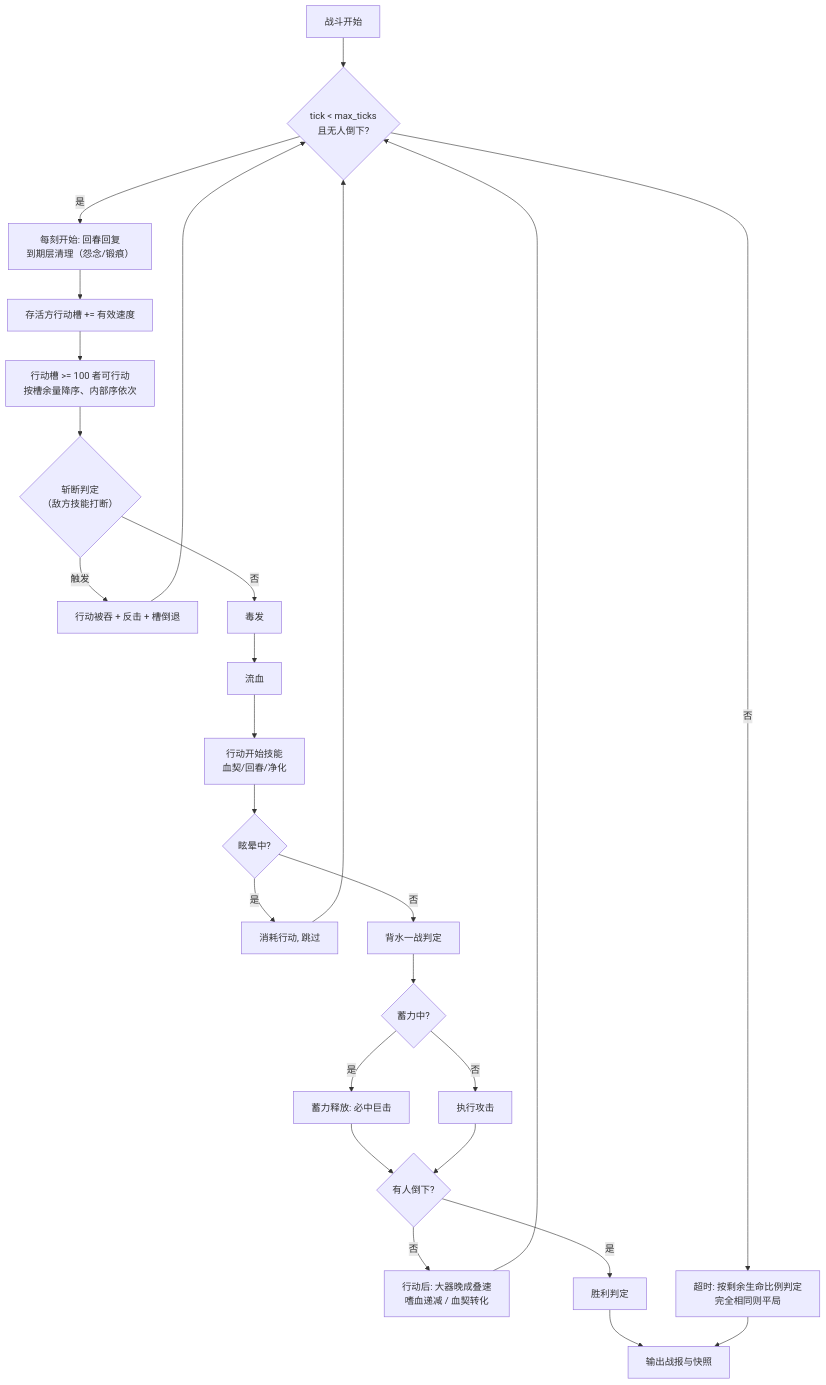
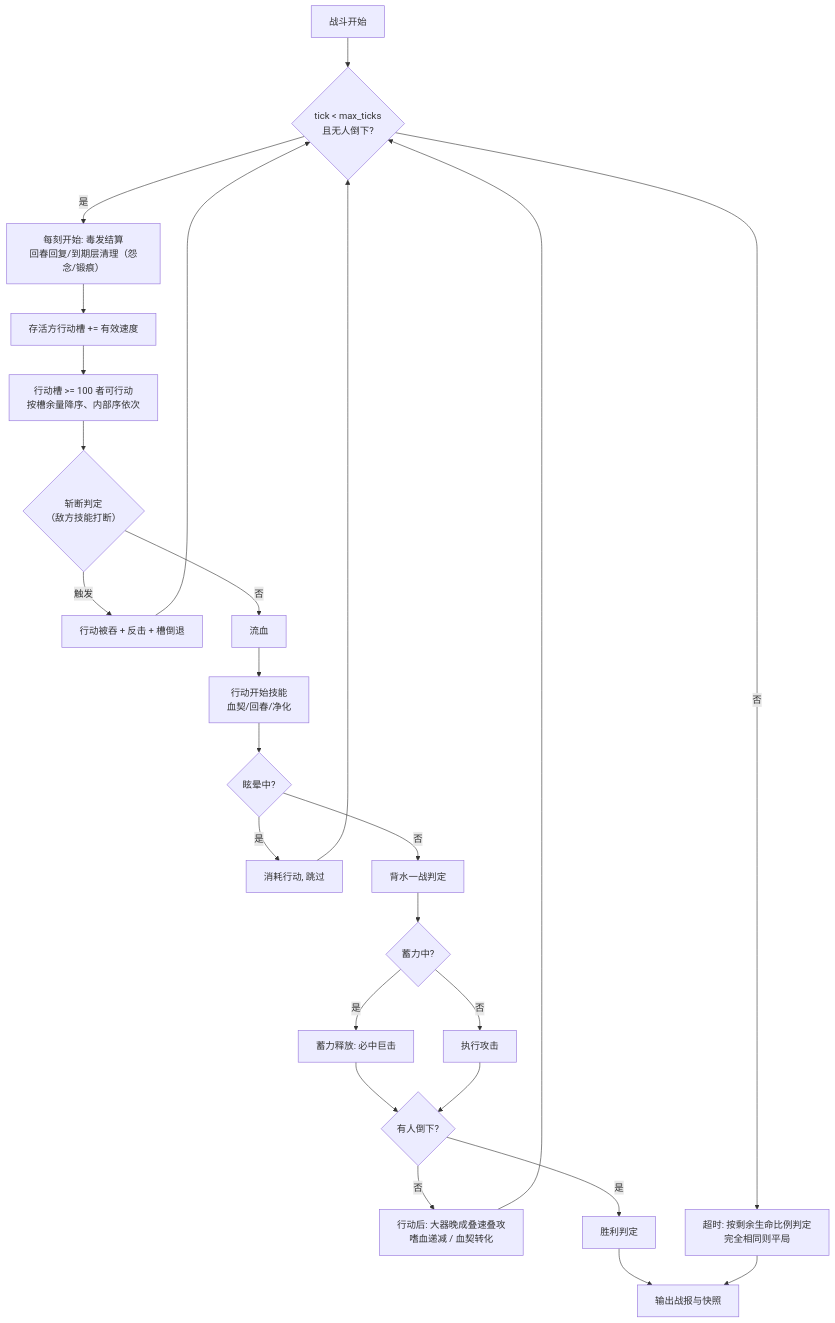
The second of 2 diagrams in docs/GAME_SPEC.md (icdyso/namefight_pro), drawn with Mermaid before and after one commit. The commit also changed other lines of this file and 12 other files, not shown here.

````diff
--- a/docs/GAME_SPEC.md
+++ b/docs/GAME_SPEC.md
@@ -284,19 +318,19 @@
 ```mermaid
 flowchart TD
     S[战斗开始] --> T{tick < max_ticks<br/>且无人倒下?}
-    T -->|是| TK[每刻开始: 回春回复<br/>到期层清理（怨念/锻痕）] --> G[存活方行动槽 += 有效速度]
+    T -->|是| TK[每刻开始: 毒发结算<br/>回春回复/到期层清理（怨念/锻痕）] --> G[存活方行动槽 += 有效速度]
     G --> R[行动槽 >= 100 者可行动<br/>按槽余量降序、内部序依次]
     R --> A0{斩断判定<br/>（敌方技能打断）}
     A0 -->|触发| A0b[行动被吞 + 反击 + 槽倒退] --> T
-    A0 -->|否| A1[毒发] --> A1b[流血] --> A2[行动开始技能<br/>血契/回春/净化] --> A3{眩晕中?}
+    A0 -->|否| A1b[流血] --> A2[行动开始技能<br/>血契/回春/净化] --> A3{眩晕中?}
     A3 -->|是| A4[消耗行动, 跳过] --> T
     A3 -->|否| A5[背水一战判定] --> A6{蓄力中?}
     A6 -->|是| A6b[蓄力释放: 必中巨击] --> Z
     A6 -->|否| A7[执行攻击]
     A7 --> Z{有人倒下?}
-    Z -->|否| Y[行动后: 大器晚成叠速<br/>嗜血递减 / 血契转化] --> T
+    Z -->|否| Y[行动后: 大器晚成叠速叠攻<br/>嗜血递减 / 血契转化] --> T
     Z -->|是| W[胜利判定]
     T -->|否| J[超时: 按剩余生命比例判定<br/>完全相同则平局]
     W --> V[输出战报与快照]
     J --> V
 ```
````
